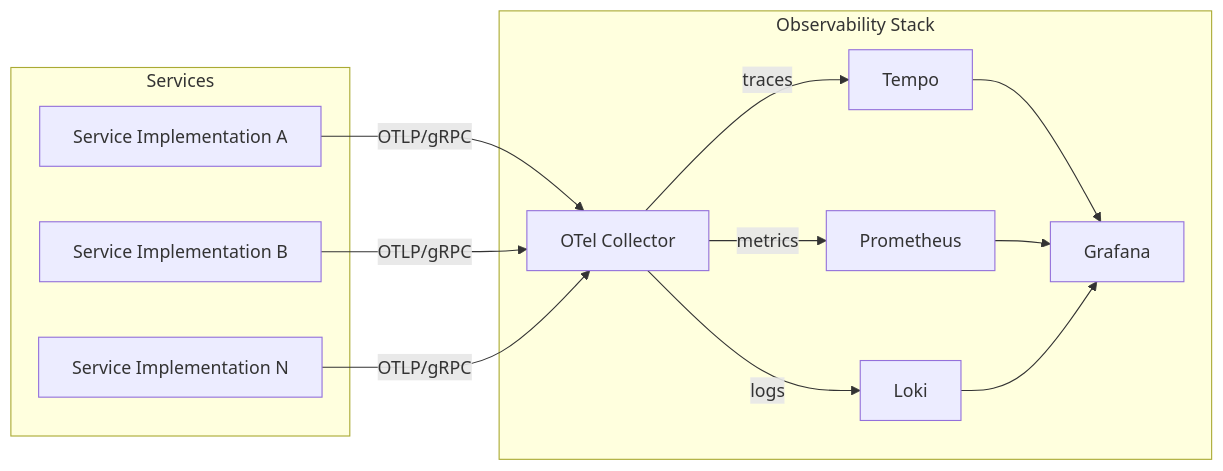
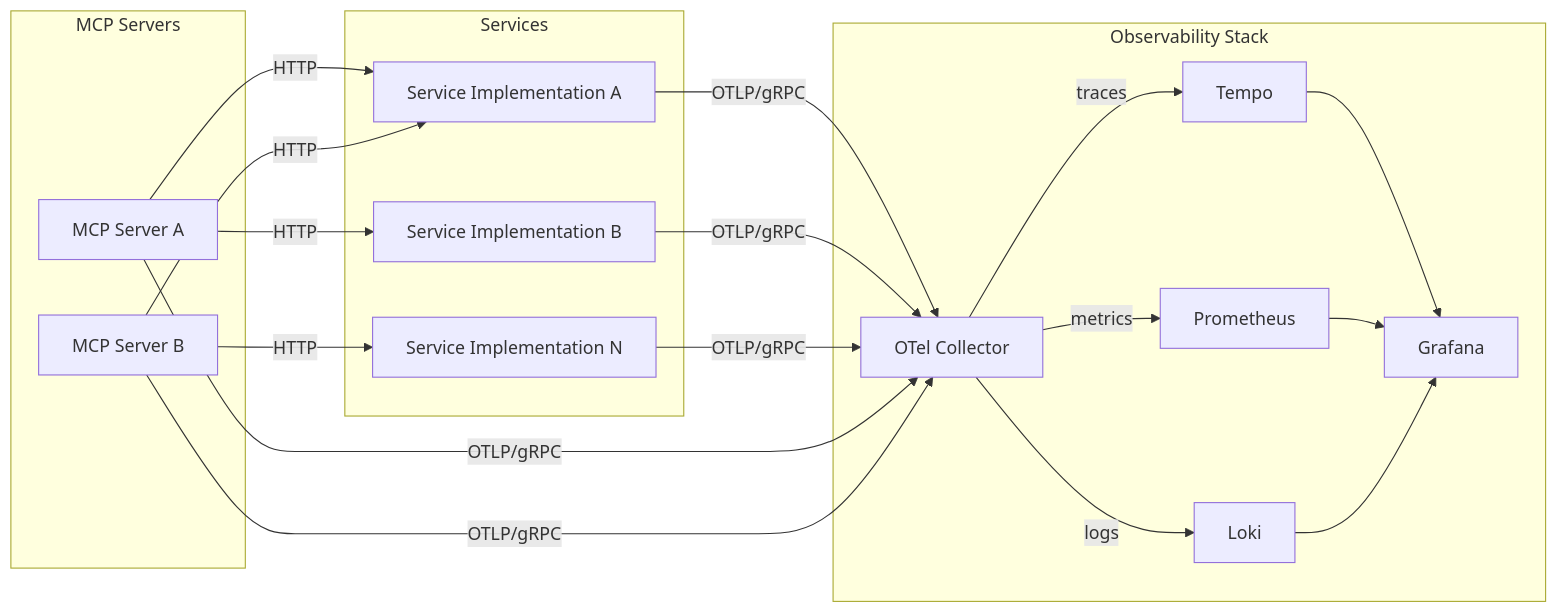
One commit to CameronXie/otel-polyglot changed the diagram in README.md. Above: the diagram before and after it, drawn with Mermaid. The commit also changed other lines of this file and 36 other files, not shown here.

First line of the commit message:
feat(mcp): add TypeScript MCP server with stdio transport (#8)

````diff
--- a/README.md
+++ b/README.md
@@ -16,26 +16,37 @@
 ```mermaid
 graph LR
     subgraph Services
         S1[Service Implementation A]
         S2[Service Implementation B]
         S3[Service Implementation N]
+    end
+
+    subgraph MCP Servers
+        M1[MCP Server A]
+        M2[MCP Server B]
     end
 
     subgraph Observability Stack
         C[OTel Collector]
         G[Grafana]
         L[Loki]
         T[Tempo]
         P[Prometheus]
     end
 
     S1 -- OTLP/gRPC --> C
     S2 -- OTLP/gRPC --> C
     S3 -- OTLP/gRPC --> C
+    M1 -- HTTP --> S1
+    M1 -- HTTP --> S2
+    M2 -- HTTP --> S1
+    M2 -- HTTP --> S3
+    M1 -- OTLP/gRPC --> C
+    M2 -- OTLP/gRPC --> C
     C -- traces --> T
     C -- metrics --> P
     C -- logs --> L
     T --> G
     P --> G
     L --> G
 ```
````
